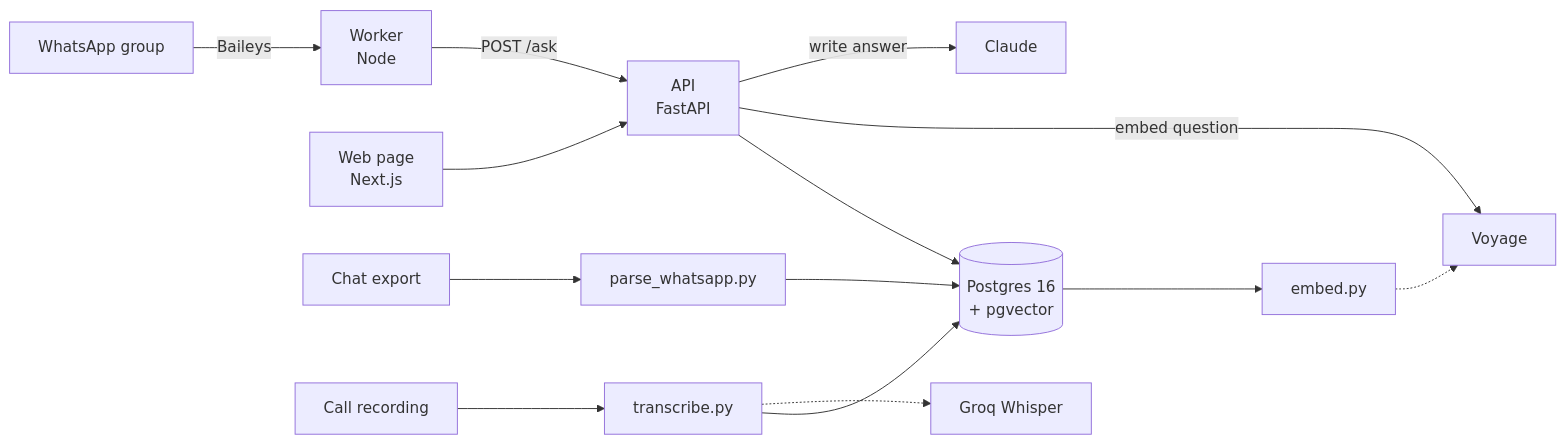
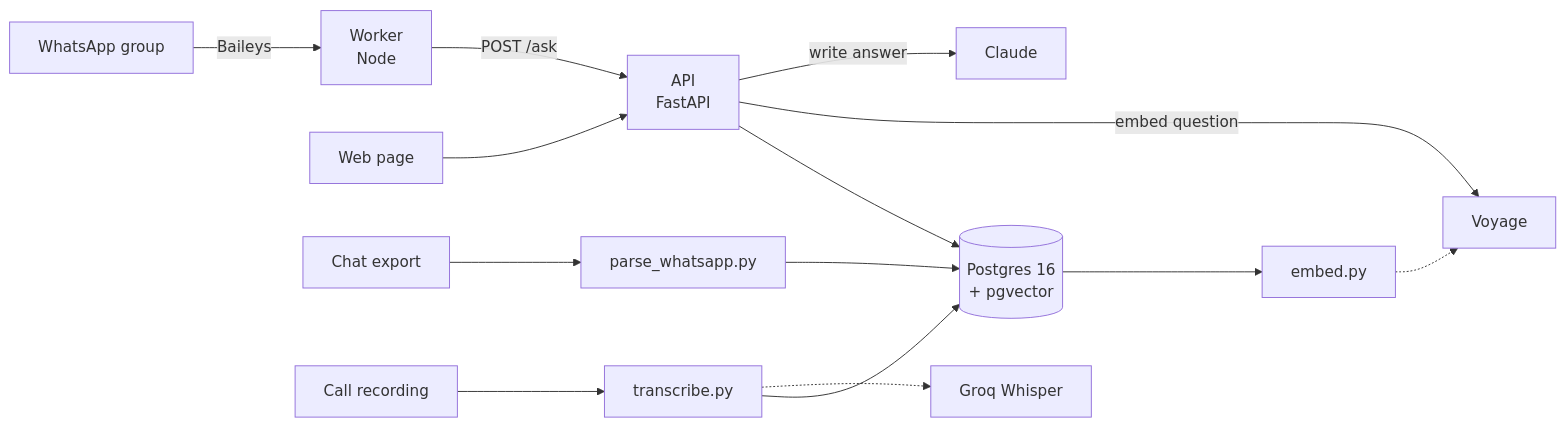
Before and after one commit to Sissoko90/uniconnect-ai: the diagram in docs/ARCHITECTURE.md, drawn with Mermaid. The commit also changed other lines of this file and 8 other files, not shown here.

````diff
--- a/docs/ARCHITECTURE.md
+++ b/docs/ARCHITECTURE.md
@@ -10,13 +10,13 @@
 ```mermaid
 flowchart LR
     WA[WhatsApp group] -->|Baileys| W[Worker<br/>Node]
-    WEB[Web page<br/>Next.js] --> API
+    WEB[Web page] --> API
     W -->|POST /ask| API[API<br/>FastAPI]
     API --> DB[(Postgres 16<br/>+ pgvector)]
     API -->|embed question| V[Voyage]
     API -->|write answer| C[Claude]
     EX[Chat export] --> P[parse_whatsapp.py] --> DB
     REC[Call recording] --> T[transcribe.py] --> DB
     T -.-> G[Groq Whisper]
     DB --> E[embed.py] -.-> V
 ```
````
